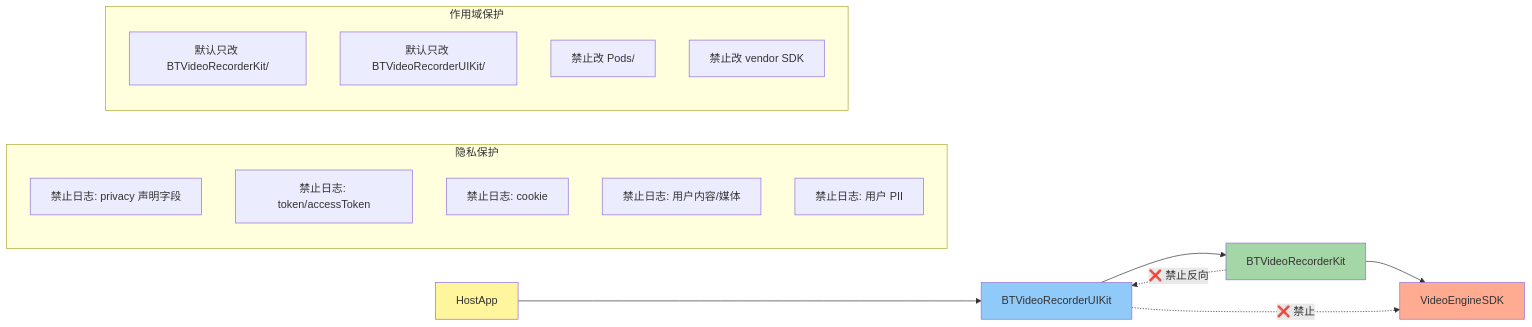
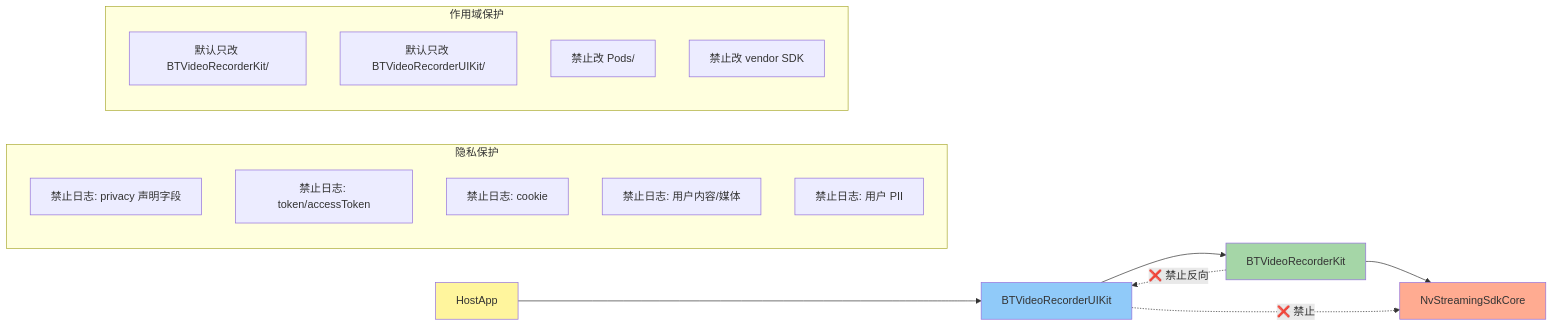
The eighth of 10 diagrams in wk-video-dev/docs/architecture.md (YuXilong-Labs/Agents), drawn with Mermaid before and after one commit. The commit also changed other lines of this file and 27 other files, not shown here.

````diff
--- a/wk-video-dev/docs/architecture.md
+++ b/wk-video-dev/docs/architecture.md
@@ -397,29 +397,29 @@
 ```mermaid
 graph LR
   APP[HostApp] --> MOD[BTVideoRecorderUIKit]
   MOD --> SVC[BTVideoRecorderKit]
-  SVC --> SDK[VideoEngineSDK]
+  SVC --> SDK[NvStreamingSdkCore]
 
   MOD -. ❌ 禁止 .-> SDK
   SVC -. ❌ 禁止反向 .-> MOD
 
   subgraph 隐私["隐私保护"]
     P1[禁止日志: privacy 声明字段]
     P2[禁止日志: token/accessToken]
     P3[禁止日志: cookie]
     P4[禁止日志: 用户内容/媒体]
     P5[禁止日志: 用户 PII]
   end
 
   subgraph 作用域["作用域保护"]
     R1[默认只改 BTVideoRecorderKit/]
     R2[默认只改 BTVideoRecorderUIKit/]
     R3[禁止改 Pods/]
     R4[禁止改 vendor SDK]
   end
 
   style SDK fill:#ffab91
   style MOD fill:#90caf9
   style SVC fill:#a5d6a7
   style APP fill:#fff59d
 ```
````
